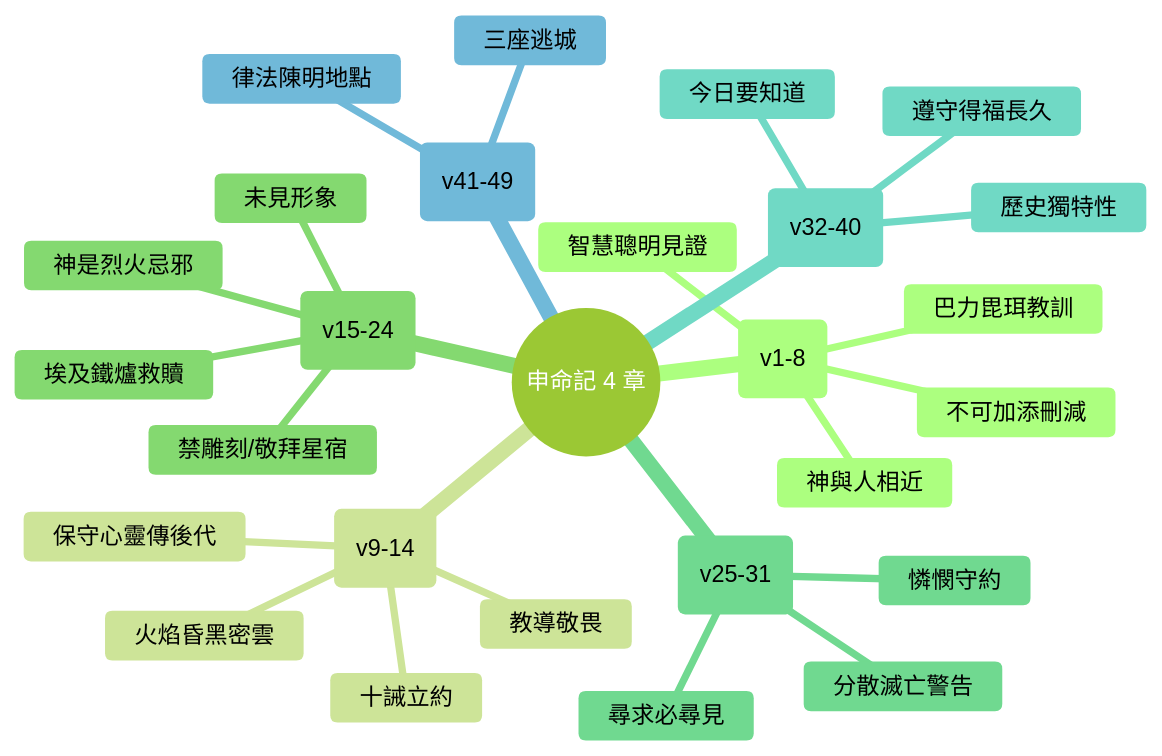
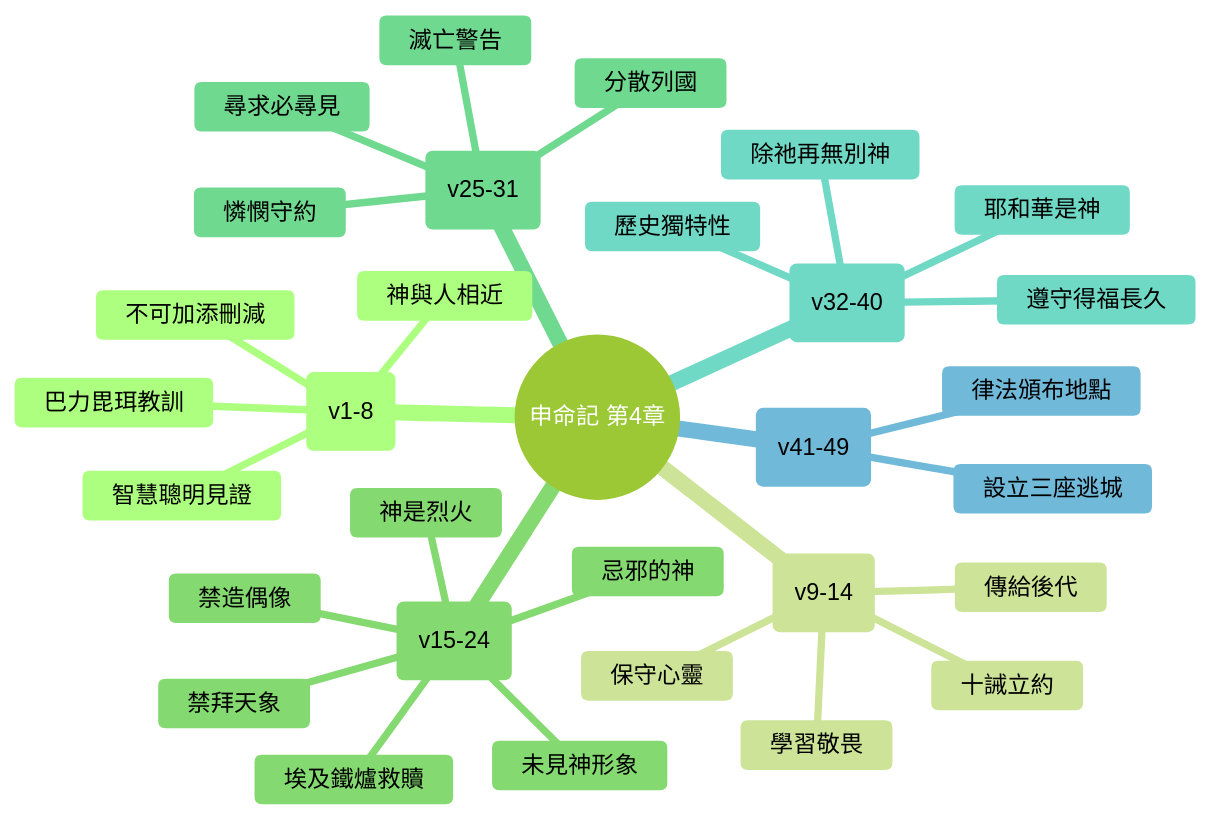
One commit to andyjr5566/Bible_wiki_zh changed the diagram in 05 申命記/第4章.md. Above: the diagram before and after it, drawn with Mermaid (forest theme). The commit also changed 16 other files, not shown here.

````diff
--- a/05 申命記/第4章.md
+++ b/05 申命記/第4章.md
@@ -136,30 +136,40 @@
 ```mermaid
 mindmap
-  root((申命記 4 章))
-    勸勉遵守 (v1-8)
+  root((申命記 第4章))
+
+    勸勉遵守(v1-8)
       不可加添刪減
       巴力毘珥教訓
       智慧聰明見證
       神與人相近
-    何烈山之約 (v9-14)
-      保守心靈傳後代
-      火焰昏黑密雲
+
+    何烈山立約(v9-14)
+      保守心靈
+      傳給後代
       十誡立約
-      教導敬畏
-    禁偶像崇拜 (v15-24)
-      未見形象
-      禁雕刻/敬拜星宿
+      學習敬畏
+
+    禁止偶像(v15-24)
+      未見神形象
+      禁造偶像
+      禁拜天象
       埃及鐵爐救贖
-      神是烈火忌邪
-    違約與悔改 (v25-31)
-      分散滅亡警告
+      神是烈火
+      忌邪的神
+
+    違約與悔改(v25-31)
+      分散列國
+      滅亡警告
       尋求必尋見
       憐憫守約
-    獨一真神 (v32-40)
+
+    獨一真神(v32-40)
       歷史獨特性
-      今日要知道
+      耶和華是神
+      除祂再無別神
       遵守得福長久
-    逃城與地理 (v41-49)
-      三座逃城
-      律法陳明地點
+
+    律法序言(v41-49)
+      設立三座逃城
+      律法頒布地點
 ```
````
